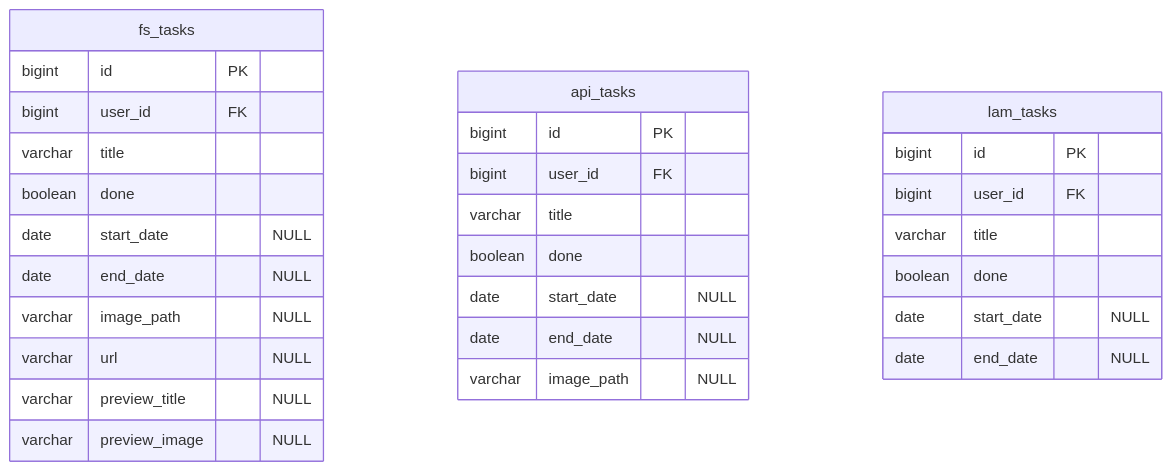
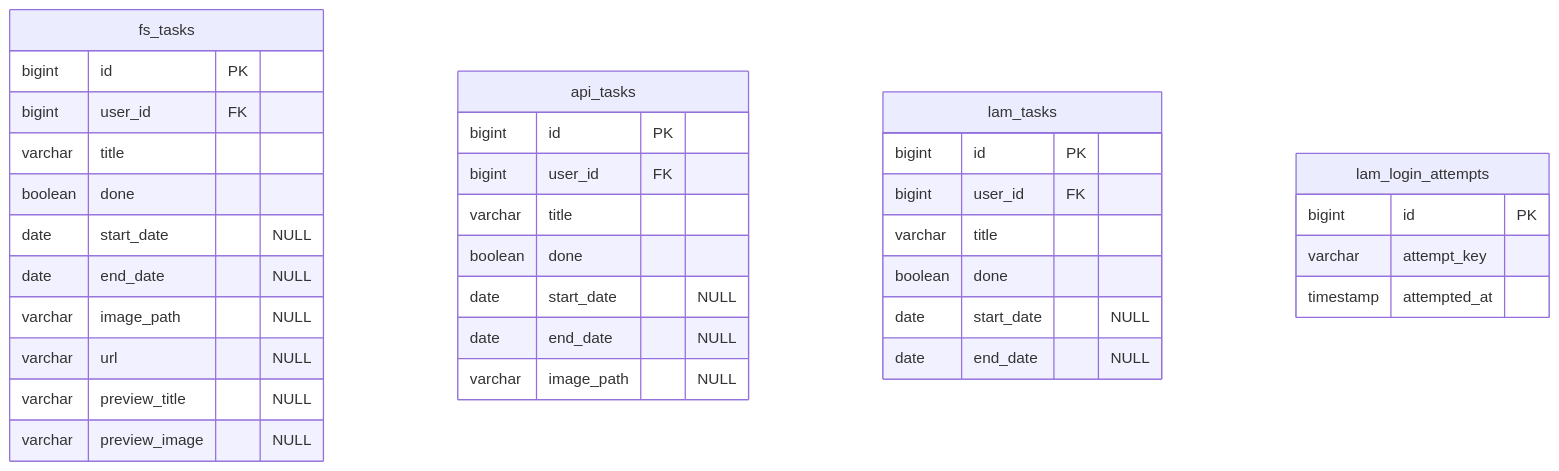
The diagram in docs/05-data-specification.md (kojikawazu/php-practice-web-app), drawn with Mermaid before and after one commit. The commit also changed other lines of this file and 25 other files, not shown here.

````diff
--- a/docs/05-data-specification.md
+++ b/docs/05-data-specification.md
@@ -65,32 +65,37 @@
 ```mermaid
 erDiagram
     fs_tasks {
         bigint id PK
         bigint user_id FK
         varchar title
         boolean done
         date start_date "NULL"
         date end_date "NULL"
         varchar image_path "NULL"
         varchar url "NULL"
         varchar preview_title "NULL"
         varchar preview_image "NULL"
     }
     api_tasks {
         bigint id PK
         bigint user_id FK
         varchar title
         boolean done
         date start_date "NULL"
         date end_date "NULL"
         varchar image_path "NULL"
     }
     lam_tasks {
         bigint id PK
         bigint user_id FK
         varchar title
         boolean done
         date start_date "NULL"
         date end_date "NULL"
     }
+    lam_login_attempts {
+        bigint id PK
+        varchar attempt_key
+        timestamp attempted_at
+    }
 ```
````
